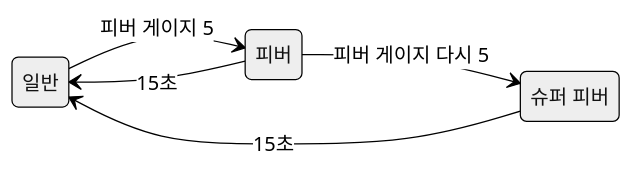
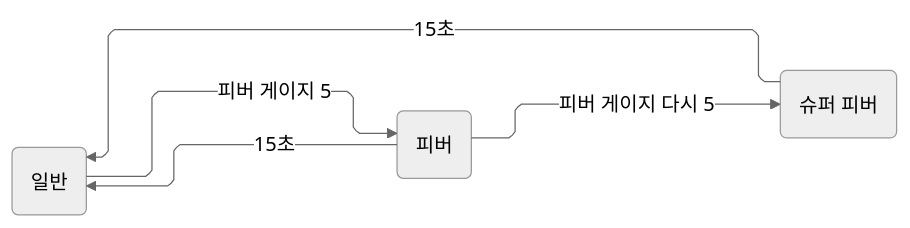
The sixth of 6 diagrams in src/0-Tidy-Mommy/기술문서.md (chesherneko/portfolio), drawn with Mermaid before and after one commit. The commit also changed other lines of this file and 20 other files, not shown here.

````diff
--- a/src/0-Tidy-Mommy/기술문서.md
+++ b/src/0-Tidy-Mommy/기술문서.md
@@ -613,12 +629,15 @@
 ```mermaid
-%%{init: {'theme':'neutral'}}%%
-stateDiagram-v2
-    direction LR
-    state "일반" as N
-    state "피버" as F
-    state "슈퍼 피버" as S
-    N --> F : 피버 게이지 5
-    F --> S : 피버 게이지 다시 5
-    F --> N : 15초
-    S --> N : 15초
+%%{init: {'theme':'neutral', 'layout': 'elk', 'flowchart': {'curve': 'linear'}}}%%
+flowchart LR
+    N("일반") -- "피버 게이지 5" --> F("피버")
+    F -- "피버 게이지 다시 5" --> S("슈퍼 피버")
+    F -- "15초" --> N
+    S -- "15초" --> N
+    %% 보이지 않는 연결: 일반 → 피버 → 슈퍼 피버를 왼쪽→오른쪽 한 줄로 고정(15초 선이 일반으로 돌아오게)
+    N ~~~ F
+    N ~~~ F
+    N ~~~ F
+    F ~~~ S
+    F ~~~ S
+    F ~~~ S
 ```
````
